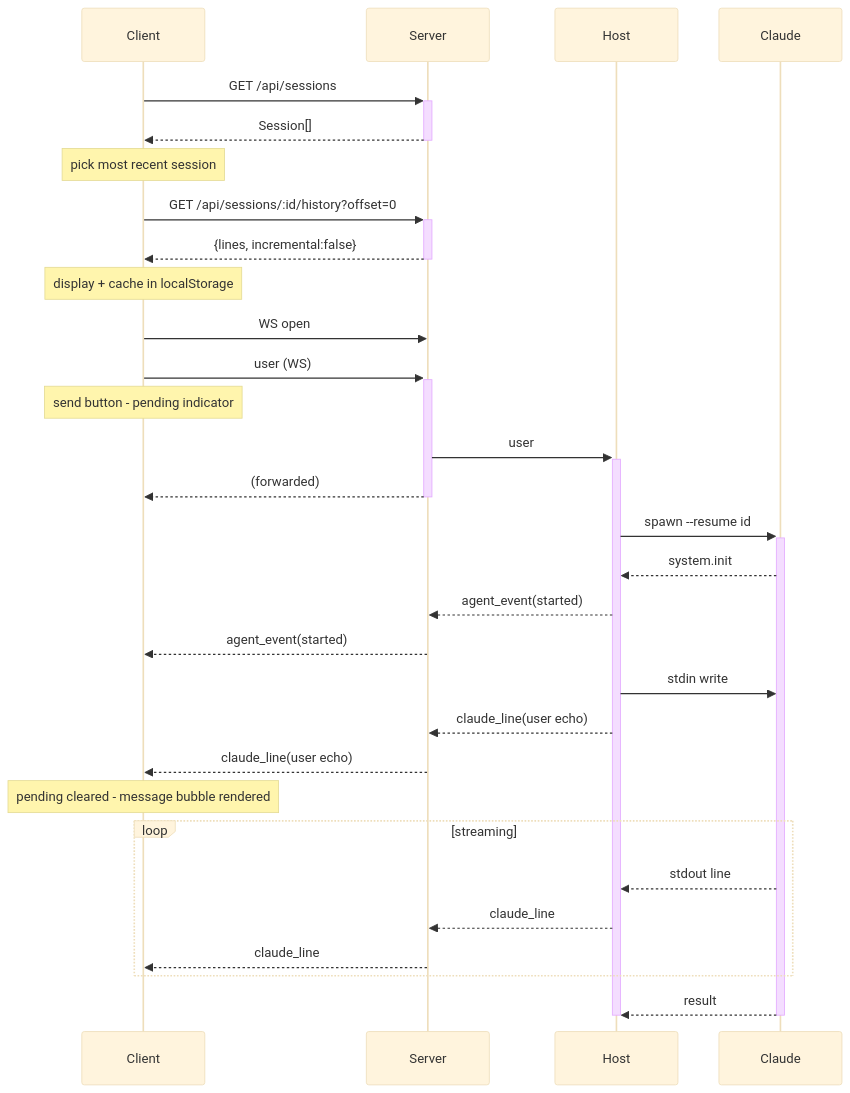
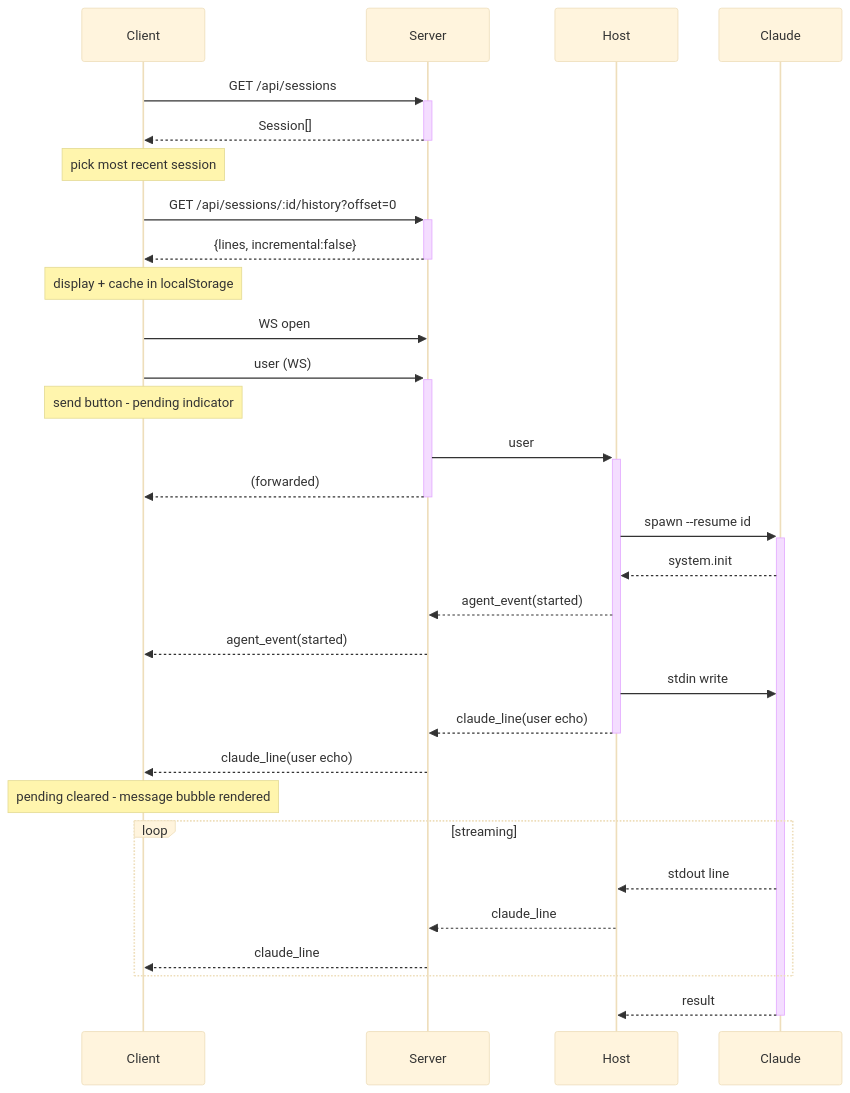
The first of 5 diagrams in protocol.spec.md (danlkv/codette), drawn with Mermaid (base theme) before and after one commit. The commit also changed other lines of this file and 11 other files, not shown here.

````diff
--- a/protocol.spec.md
+++ b/protocol.spec.md
@@ -167,33 +167,32 @@
 ```mermaid
 sequenceDiagram
     participant C as Client
     participant S as Server
     participant H as Host
     participant Cl as Claude
     C->>+S: GET /api/sessions
     S-->>-C: Session[]
     Note over C: pick most recent session
     C->>+S: GET /api/sessions/:id/history?offset=0
     S-->>-C: {lines, incremental:false}
     Note over C: display + cache in localStorage
     C->>S: WS open
     C->>+S: user (WS)
     Note over C: send button - pending indicator
     S->>+H: user
     S-->>-C: (forwarded)
     H->>+Cl: spawn --resume id
     Cl-->>H: system.init
     H-->>S: agent_event(started)
     S-->>C: agent_event(started)
     H->>Cl: stdin write
-    H-->>S: claude_line(user echo)
+    H-->>-S: claude_line(user echo)
     S-->>C: claude_line(user echo)
     Note over C: pending cleared - message bubble rendered
     loop streaming
         Cl-->>H: stdout line
         H-->>S: claude_line
         S-->>C: claude_line
     end
     Cl-->>-H: result
-    deactivate H
 ```
````
